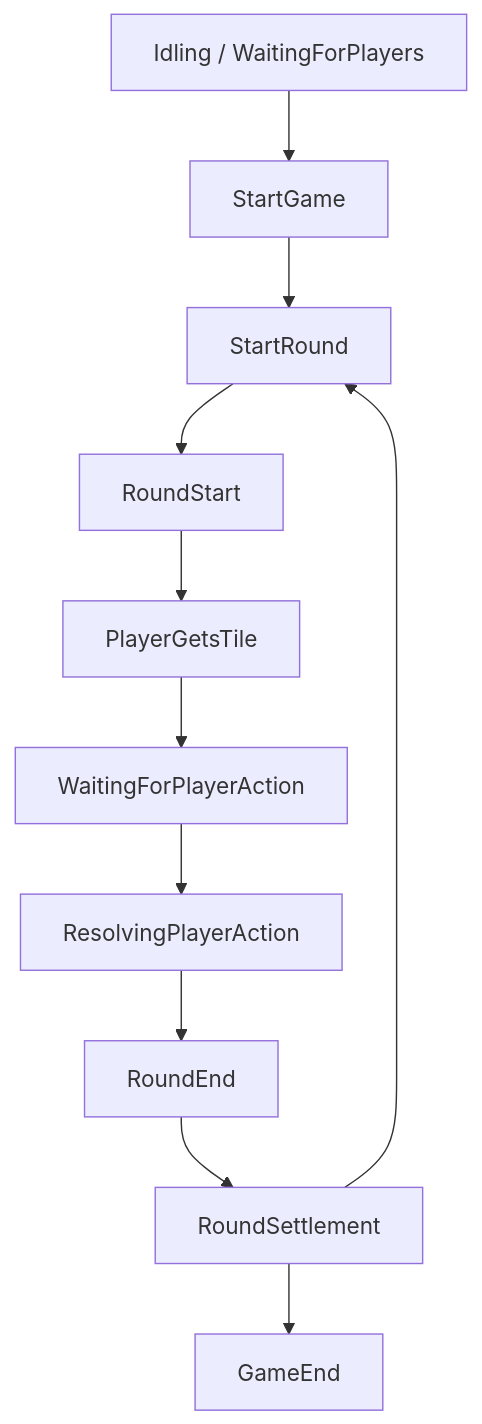
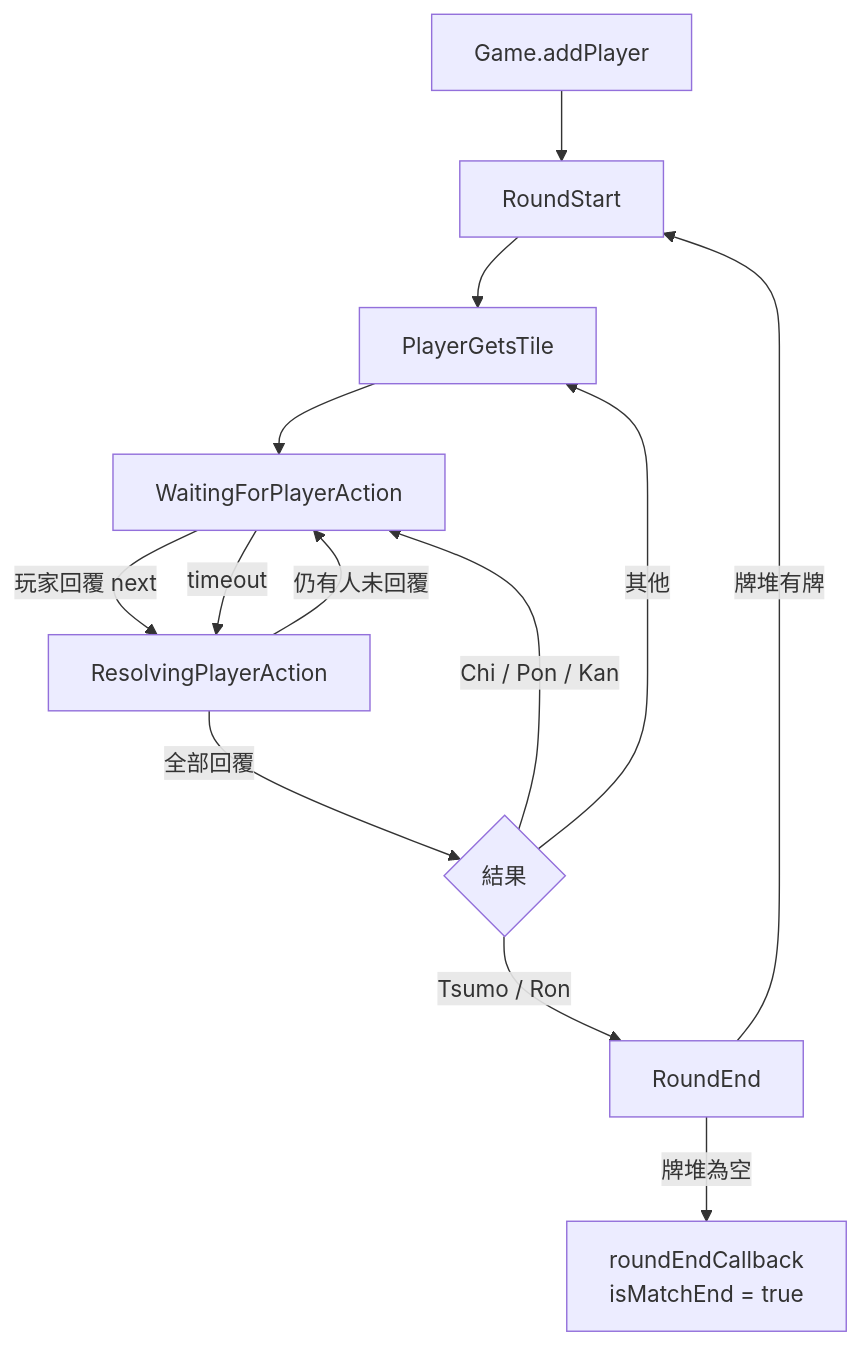
The diagram in modules/utils/docs/game-flow.md (Pikacnu/mahjong-system), drawn with Mermaid before and after one commit. The commit also changed other lines of this file and 18 other files, not shown here.

First line of the commit message:
docs: target architecture, design review, and agent handoff

````diff
--- a/modules/utils/docs/game-flow.md
+++ b/modules/utils/docs/game-flow.md
@@ -94,13 +61,15 @@
 ```mermaid
 flowchart TD
-  A[Idling / WaitingForPlayers] --> B[StartGame]
-  B --> C[StartRound]
-  C --> D[RoundStart]
-  D --> E[PlayerGetsTile]
-  E --> F[WaitingForPlayerAction]
-  F --> G[ResolvingPlayerAction]
-  G --> H[RoundEnd]
-  H --> I[RoundSettlement]
-  I --> C
-  I --> J[GameEnd]
+  A[Game.addPlayer] --> B[RoundStart]
+  B --> C[PlayerGetsTile]
+  C --> D[WaitingForPlayerAction]
+  D -->|玩家回覆 next| E[ResolvingPlayerAction]
+  D -->|timeout| E
+  E -->|仍有人未回覆| D
+  E -->|全部回覆| F{結果}
+  F -->|Tsumo / Ron| G[RoundEnd]
+  F -->|Chi / Pon / Kan| D
+  F -->|其他| C
+  G -->|牌堆有牌| B
+  G -->|牌堆為空| H[roundEndCallback<br/>isMatchEnd = true]
 ```
````
